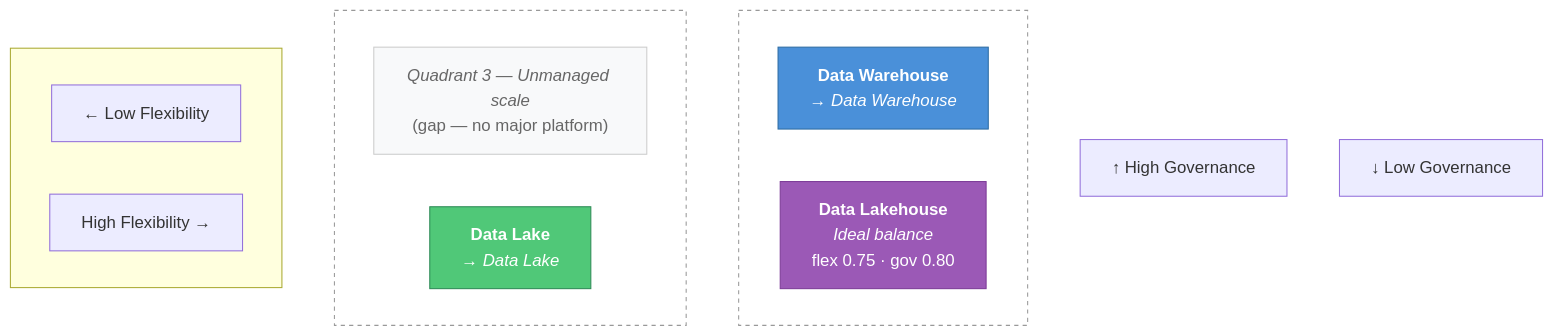
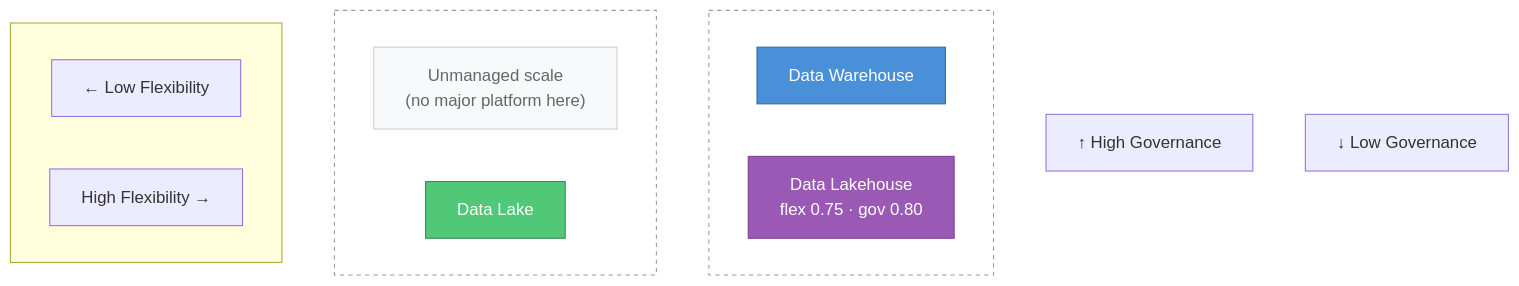
The eighth of 8 diagrams in data-architecture/data-lakehouse.md (adnanrahin/adnanrahin.github.io), drawn with Mermaid before and after one commit. The commit also changed other lines of this file and 3 other files, not shown here.

Commit message:
updated the flowchart

````diff
--- a/data-architecture/data-lakehouse.md
+++ b/data-architecture/data-lakehouse.md
@@ -274,31 +267,31 @@
 ```mermaid
 flowchart TB
     GOV_HI["↑ High Governance"]
 
     subgraph ROW1[" "]
         direction LR
-        DW["<b>Data Warehouse</b><br/><i>→ Data Warehouse</i>"]
-        LH["<b>Data Lakehouse</b><br/><i>Ideal balance</i><br/>flex 0.75 · gov 0.80"]
+        DW["Data Warehouse"]
+        LH["Data Lakehouse<br/>flex 0.75 · gov 0.80"]
     end
 
     subgraph ROW2[" "]
         direction LR
-        Q3["<i>Quadrant 3 — Unmanaged scale</i><br/>(gap — no major platform)"]
-        DL["<b>Data Lake</b><br/><i>→ Data Lake</i>"]
+        Q3["Unmanaged scale<br/>(no major platform here)"]
+        DL["Data Lake"]
     end
 
     GOV_LO["↓ Low Governance"]
 
     subgraph XAXIS[" "]
         direction LR
         FLEX_LO["← Low Flexibility"]
         FLEX_HI["High Flexibility →"]
     end
 
     style DW fill:#4A90D9,color:#fff,stroke:#2E6DA4
     style DL fill:#50C878,color:#fff,stroke:#2E8B57
     style LH fill:#9B59B6,color:#fff,stroke:#7D3C98
     style Q3 fill:#F8F9FA,color:#666,stroke:#CCC
     style ROW1 fill:none,stroke:#999,stroke-dasharray:4
     style ROW2 fill:none,stroke:#999,stroke-dasharray:4
 ```
````
